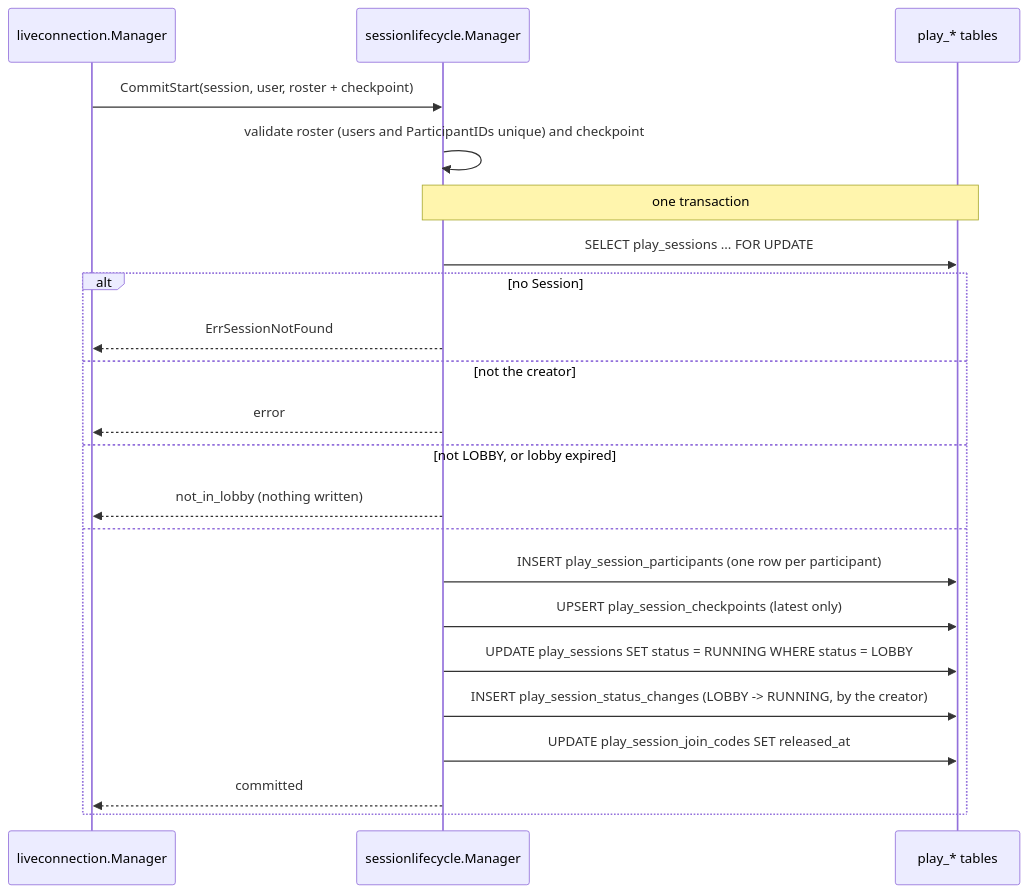
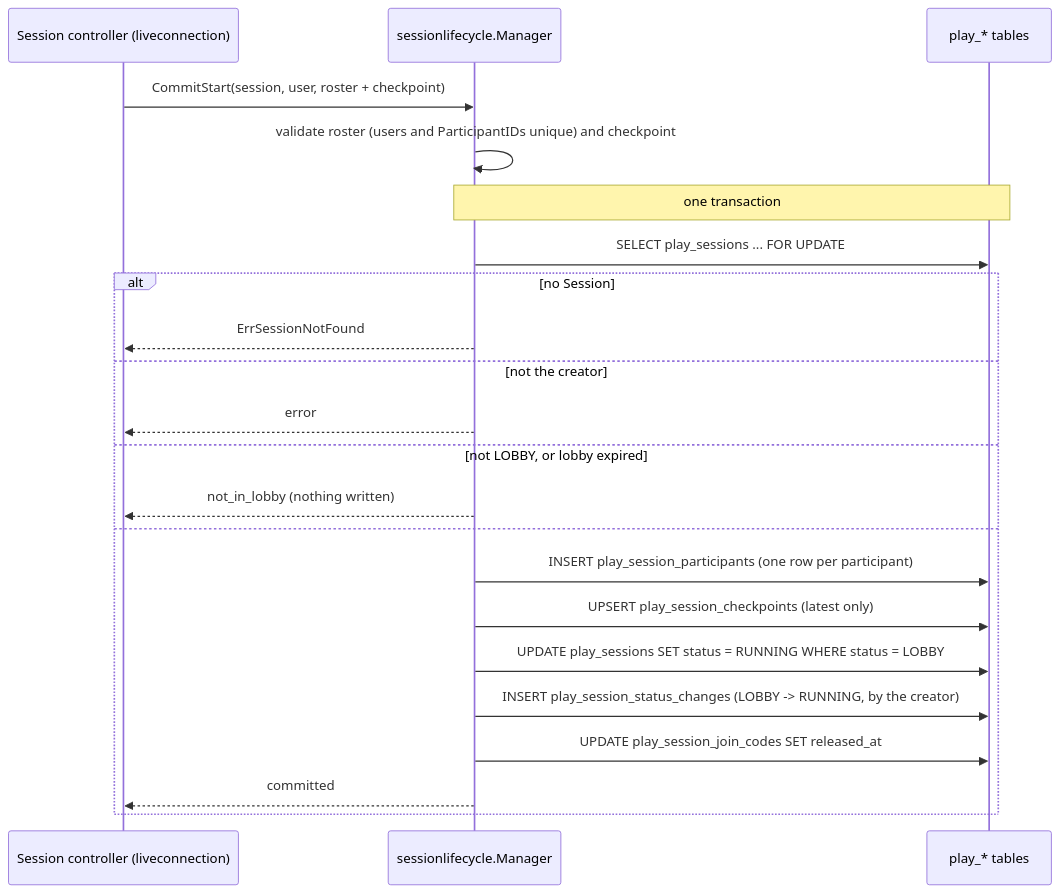
The second of 2 diagrams in play/docs/FLOWS.md (diegobermudez03/playhoot), drawn with Mermaid before and after one commit. The commit also changed other lines of this file and 40 other files, not shown here.

````diff
--- a/play/docs/FLOWS.md
+++ b/play/docs/FLOWS.md
@@ -121,25 +121,25 @@
 ```mermaid
 sequenceDiagram
-    participant Runtime as liveconnection.Manager
+    participant Runtime as Session controller (liveconnection)
     participant Manager as sessionlifecycle.Manager
     participant DB as play_* tables
 
     Runtime->>Manager: CommitStart(session, user, roster + checkpoint)
     Manager->>Manager: validate roster (users and ParticipantIDs unique) and checkpoint
     Note over Manager,DB: one transaction
     Manager->>DB: SELECT play_sessions ... FOR UPDATE
     alt no Session
         Manager-->>Runtime: ErrSessionNotFound
     else not the creator
         Manager-->>Runtime: error
     else not LOBBY, or lobby expired
         Manager-->>Runtime: not_in_lobby (nothing written)
     else
         Manager->>DB: INSERT play_session_participants (one row per participant)
         Manager->>DB: UPSERT play_session_checkpoints (latest only)
         Manager->>DB: UPDATE play_sessions SET status = RUNNING WHERE status = LOBBY
         Manager->>DB: INSERT play_session_status_changes (LOBBY -> RUNNING, by the creator)
         Manager->>DB: UPDATE play_session_join_codes SET released_at
         Manager-->>Runtime: committed
     end
 ```
````
